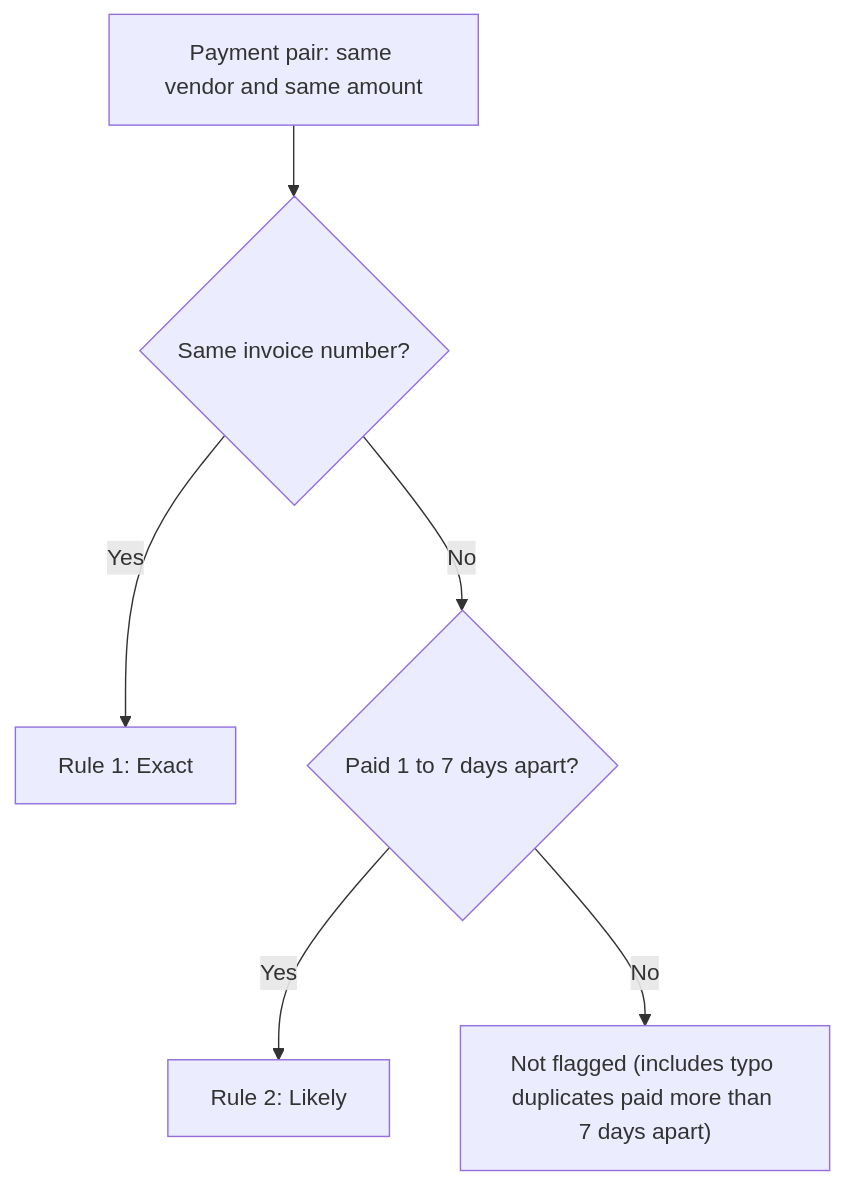
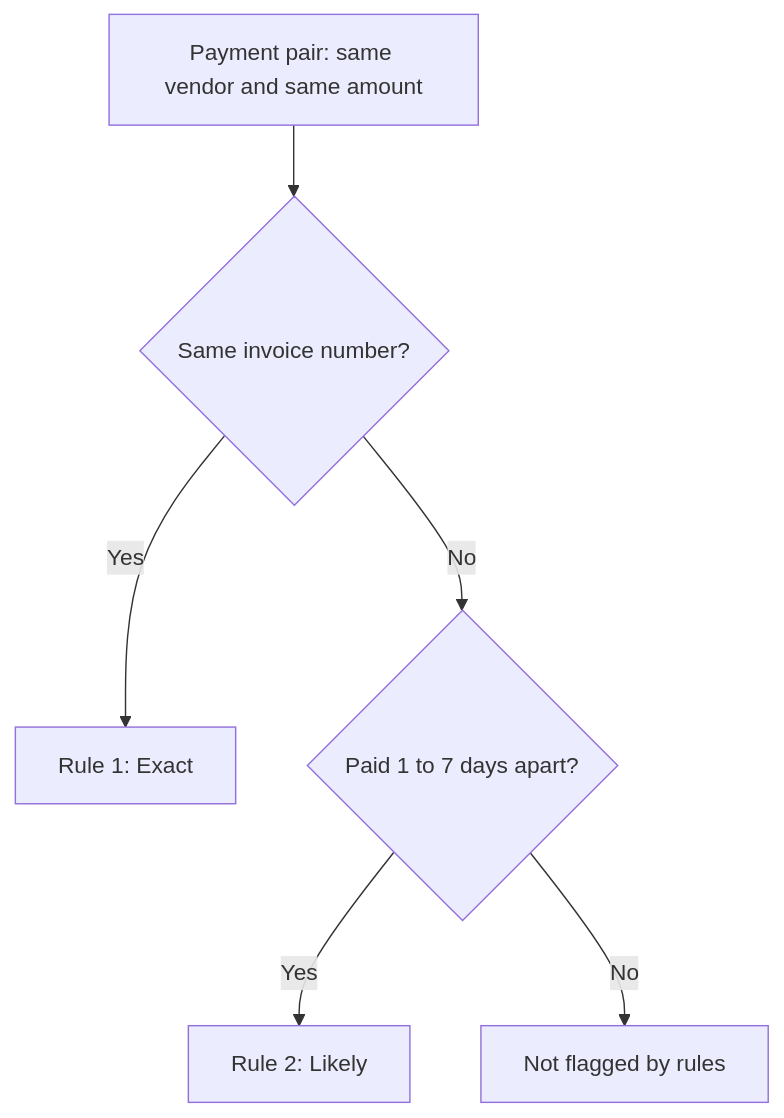
Before and after one commit to RidhimaSharma11404/duplicate-payment-finder: the diagram in README.md, drawn with Mermaid. The commit also changed other lines of this file, not shown here.

````diff
--- a/README.md
+++ b/README.md
@@ -50,8 +39,8 @@
 ```mermaid
 flowchart TD
     A["Payment pair: same vendor and same amount"] --> B{"Same invoice number?"}
     B -- Yes --> C["Rule 1: Exact"]
     B -- No --> D{"Paid 1 to 7 days apart?"}
     D -- Yes --> E["Rule 2: Likely"]
-    D -- No --> F["Not flagged (includes typo duplicates paid more than 7 days apart)"]
+    D -- No --> F["Not flagged by rules"]
 ```
````
